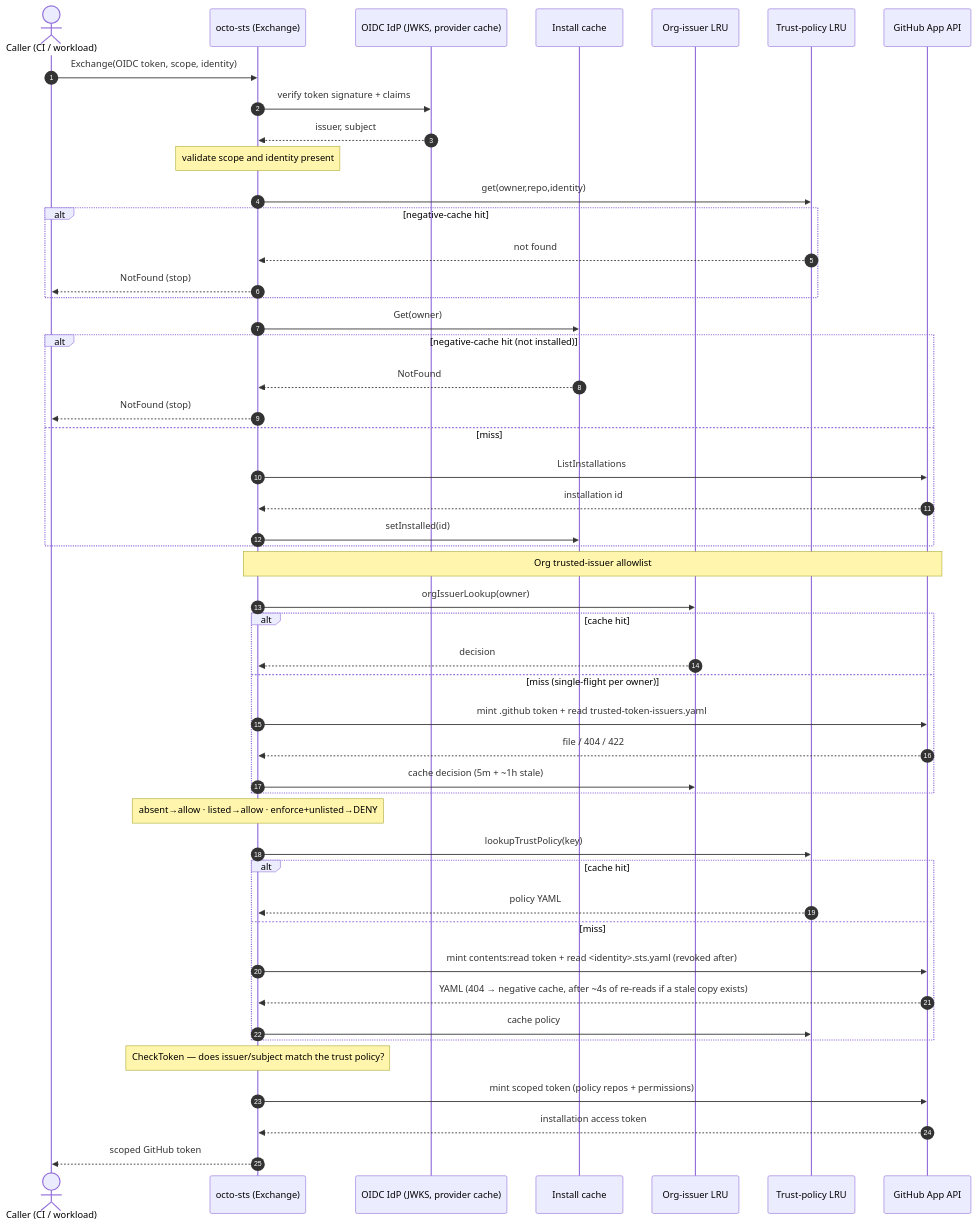
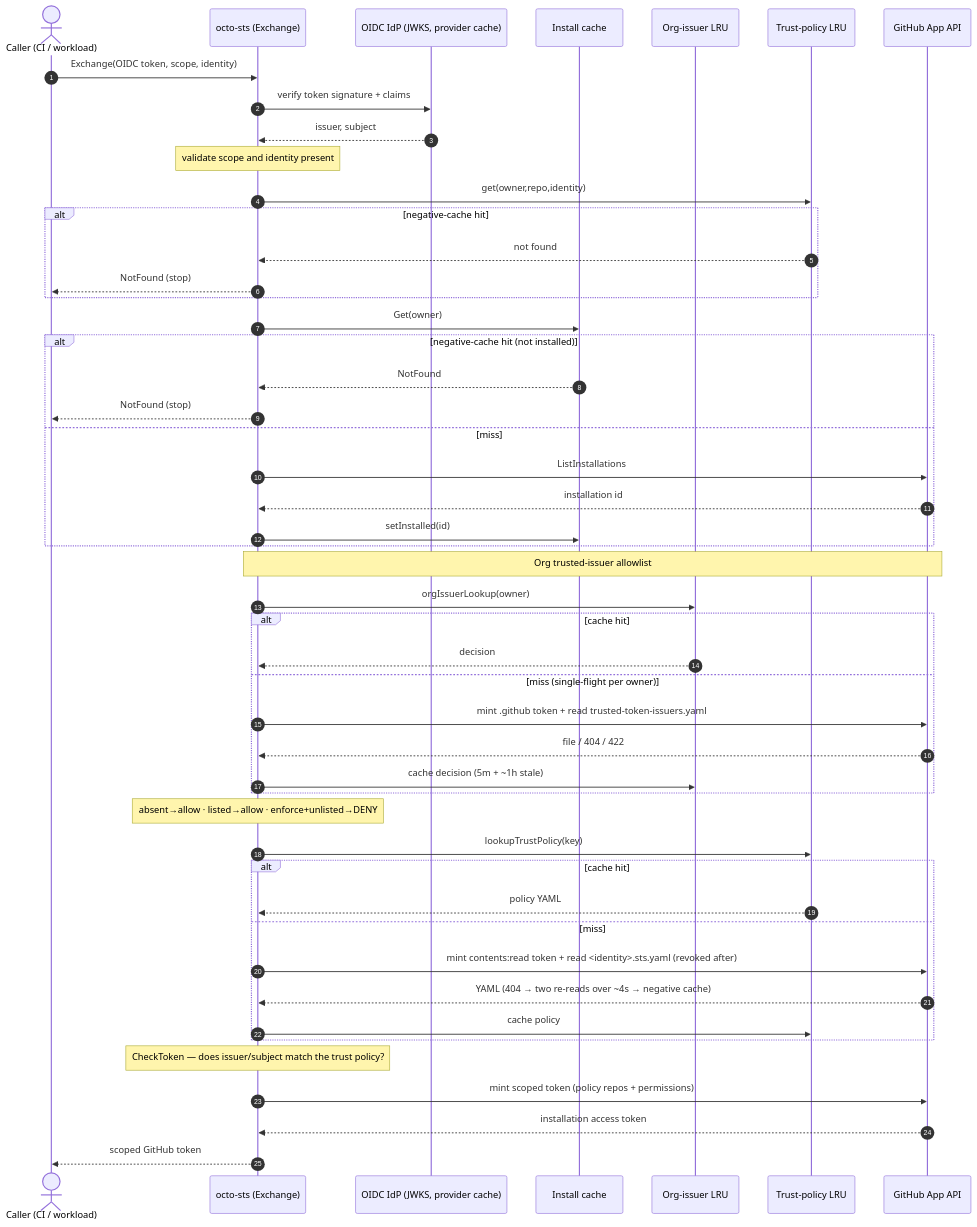
Before and after one commit to octo-sts/app: the first of 2 diagrams in docs/architecture.md, drawn with Mermaid. The commit also changed other lines of this file and 5 other files, not shown here.

````diff
--- a/docs/architecture.md
+++ b/docs/architecture.md
@@ -22,57 +22,57 @@
 ```mermaid
 sequenceDiagram
     autonumber
     actor C as Caller (CI / workload)
     participant S as octo-sts (Exchange)
     participant J as OIDC IdP (JWKS, provider cache)
     participant IC as Install cache
     participant OI as Org-issuer LRU
     participant TP as Trust-policy LRU
     participant GH as GitHub App API
 
     C->>S: Exchange(OIDC token, scope, identity)
     S->>J: verify token signature + claims
     J-->>S: issuer, subject
     Note over S: validate scope and identity present
 
     S->>TP: get(owner,repo,identity)
     alt negative-cache hit
         TP-->>S: not found
         S-->>C: NotFound (stop)
     end
 
     S->>IC: Get(owner)
     alt negative-cache hit (not installed)
         IC-->>S: NotFound
         S-->>C: NotFound (stop)
     else miss
         S->>GH: ListInstallations
         GH-->>S: installation id
         S->>IC: setInstalled(id)
     end
 
     Note over S,GH: Org trusted-issuer allowlist
     S->>OI: orgIssuerLookup(owner)
     alt cache hit
         OI-->>S: decision
     else miss (single-flight per owner)
         S->>GH: mint .github token + read trusted-token-issuers.yaml
         GH-->>S: file / 404 / 422
         S->>OI: cache decision (5m + ~1h stale)
     end
     Note over S: absent→allow · listed→allow · enforce+unlisted→DENY
 
     S->>TP: lookupTrustPolicy(key)
     alt cache hit
         TP-->>S: policy YAML
     else miss
         S->>GH: mint contents:read token + read <identity>.sts.yaml (revoked after)
-        GH-->>S: YAML (404 → negative cache, after ~4s of re-reads if a stale copy exists)
+        GH-->>S: YAML (404 → two re-reads over ~4s → negative cache)
         S->>TP: cache policy
     end
 
     Note over S: CheckToken — does issuer/subject match the trust policy?
     S->>GH: mint scoped token (policy repos + permissions)
     GH-->>S: installation access token
     S-->>C: scoped GitHub token
 ```
````
